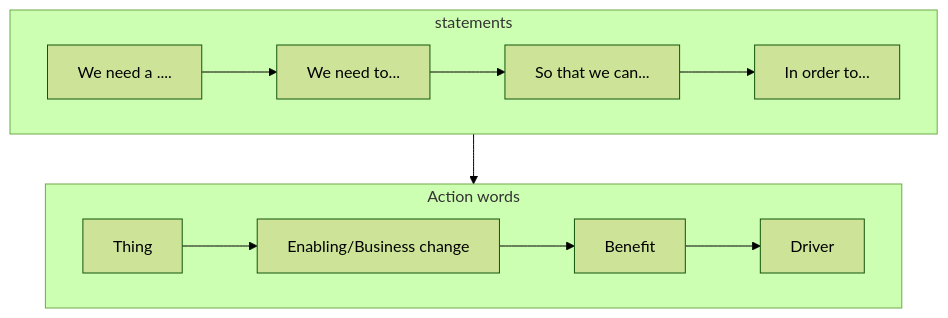
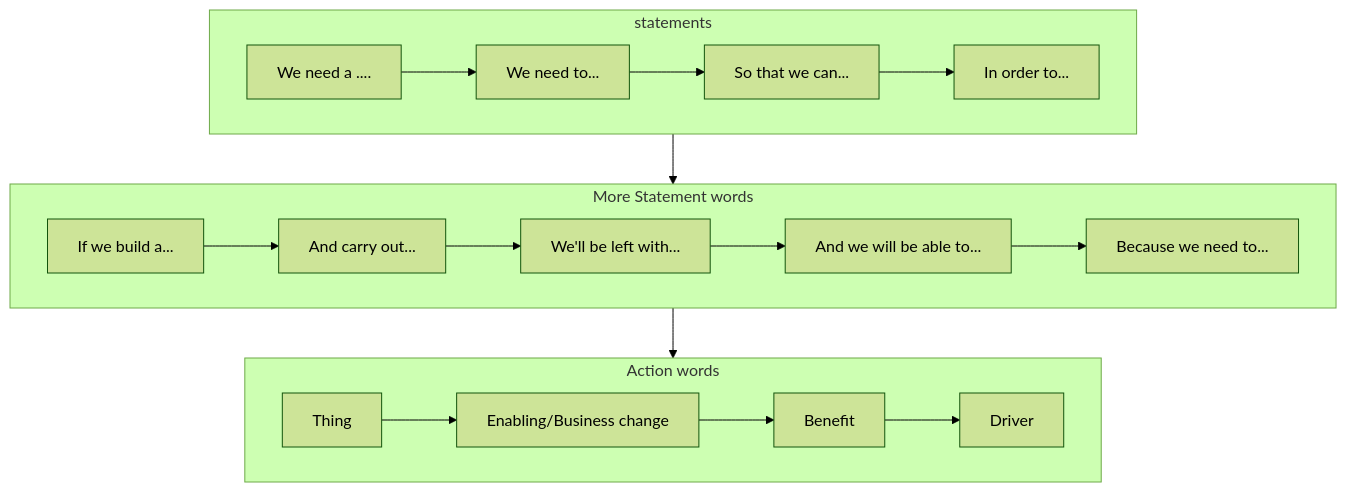
The diagram in Explainer.md (wutansmash/bdn), drawn with Mermaid (forest theme) before and after one commit. The commit also changed other lines of this file, not shown here.

````diff
--- a/Explainer.md
+++ b/Explainer.md
@@ -46,37 +46,52 @@
 ```mermaid
 flowchart 
     %% Define swimlanes
     subgraph BDNA[statements]
      BDN1[We need a ....]
     
 
      BDN2[We need to...]
     
 
      BDN3[So that we can...]
     
 
      BDN4[In order to...]
      BDN1-->BDN2-->BDN3-->BDN4
 
 
     end
 
     %% Define swimlanes
     subgraph BDNB[Action words]
      BDN1.1[Thing]
     
 
      BDN2.1[Enabling/Business change]
     
 
      BDN3.1[Benefit]
     
 
      BDN4.1[Driver]
     
     BDN1.1-->BDN2.1-->BDN3.1-->BDN4.1
  end
 
- BDNA-->BDNB
+subgraph BDNC[More Statement words]
+     BDNa[If we build a...]
+    
+     BDNb[And carry out...]
+
+     BDNc[We'll be left with...]
+
+     BDNd[And we will be able to...]
+    
+     BDNe[Because we need to...]
+    
+    BDNa-->BDNb-->BDNc-->BDNd-->BDNe
+ end
+
+
+ BDNA-->BDNC-->BDNB
 ```
````
